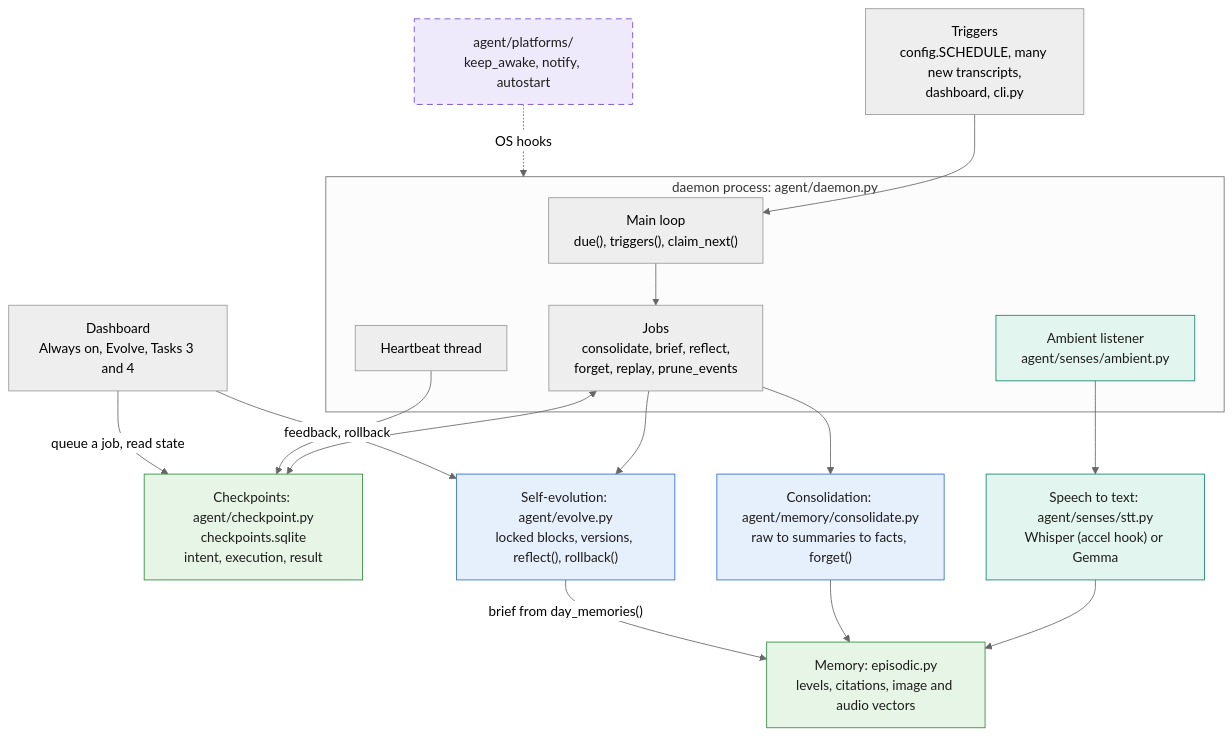
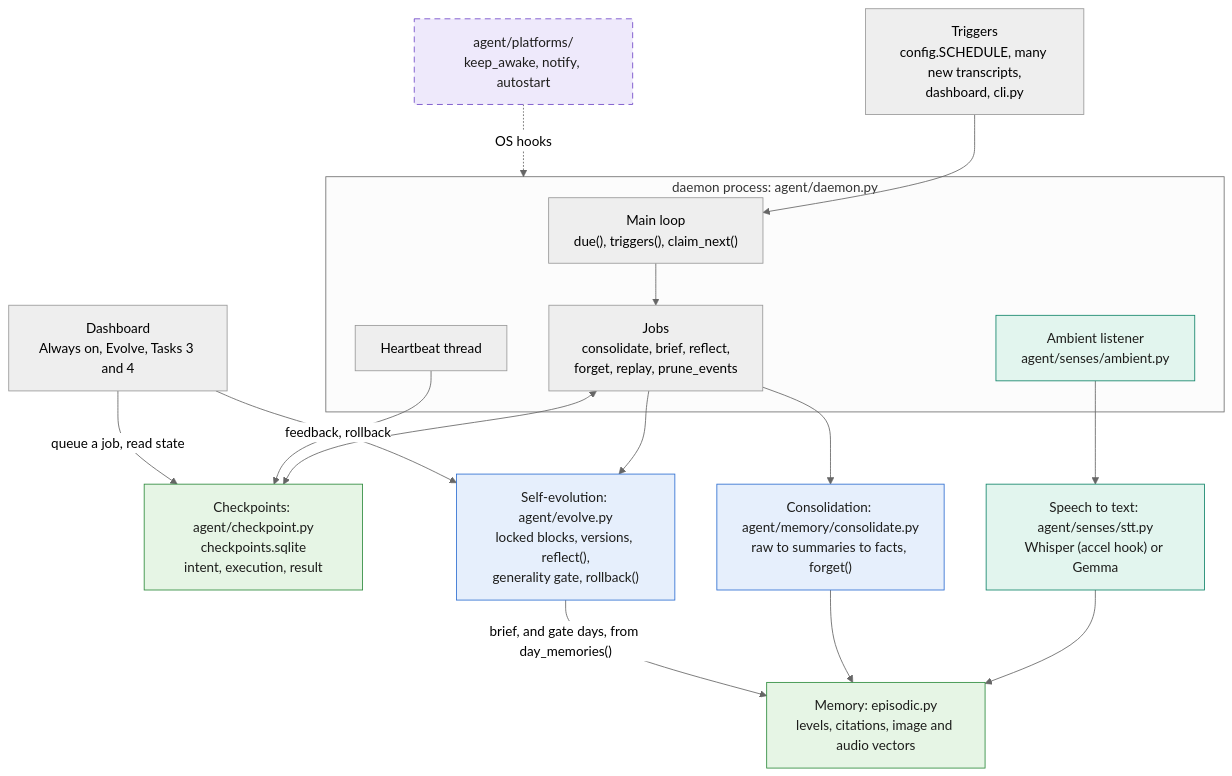
The second of 2 diagrams in docs/architecture.md (SuryaKrishna02/multimodal-agent), drawn with Mermaid (neutral theme) before and after one commit. The commit also changed other lines of this file and 8 other files, not shown here.

````diff
--- a/docs/architecture.md
+++ b/docs/architecture.md
@@ -211,38 +211,38 @@
 ```mermaid
 flowchart TB
     trig["Triggers<br/>config.SCHEDULE, many new transcripts,<br/>dashboard, cli.py"]
     subgraph daemon["daemon process: agent/daemon.py"]
         loop["Main loop<br/>due(), triggers(), claim_next()"]
         jobs["Jobs<br/>consolidate, brief, reflect,<br/>forget, replay, prune_events"]
         listen["Ambient listener<br/>agent/senses/ambient.py"]
         beat["Heartbeat thread"]
     end
     ckpt["Checkpoints: agent/checkpoint.py<br/>checkpoints.sqlite<br/>intent, execution, result"]
     stt["Speech to text: agent/senses/stt.py<br/>Whisper (accel hook) or Gemma"]
     cons["Consolidation: agent/memory/consolidate.py<br/>raw to summaries to facts, forget()"]
     mem["Memory: episodic.py<br/>levels, citations, image and audio vectors"]
-    evo["Self-evolution: agent/evolve.py<br/>locked blocks, versions, reflect(), rollback()"]
+    evo["Self-evolution: agent/evolve.py<br/>locked blocks, versions, reflect(),<br/>generality gate, rollback()"]
     dash["Dashboard<br/>Always on, Evolve, Tasks 3 and 4"]
     plat["agent/platforms/<br/>keep_awake, notify, autostart"]
 
     trig --> loop
     loop --> jobs
     jobs <--> ckpt
     listen --> stt --> mem
     jobs --> cons --> mem
     jobs --> evo
-    evo -- "brief from day_memories()" --> mem
+    evo -- "brief, and gate days, from day_memories()" --> mem
     beat --> ckpt
     dash -- "queue a job, read state" --> ckpt
     dash -- "feedback, rollback" --> evo
     plat -. "OS hooks" .-> daemon
 
     classDef store fill:#e6f5e5,stroke:#2e8b3d,color:#1d1d1b
     classDef think fill:#e6effc,stroke:#2f6fd1,color:#1d1d1b
     classDef sense fill:#e2f5ee,stroke:#12856a,color:#1d1d1b
     classDef plugin fill:#eee9fb,stroke:#7048c9,stroke-dasharray:7 5,color:#1d1d1b
     class ckpt,mem store
     class cons,evo think
     class listen,stt sense
     class plat plugin
 ```
````
